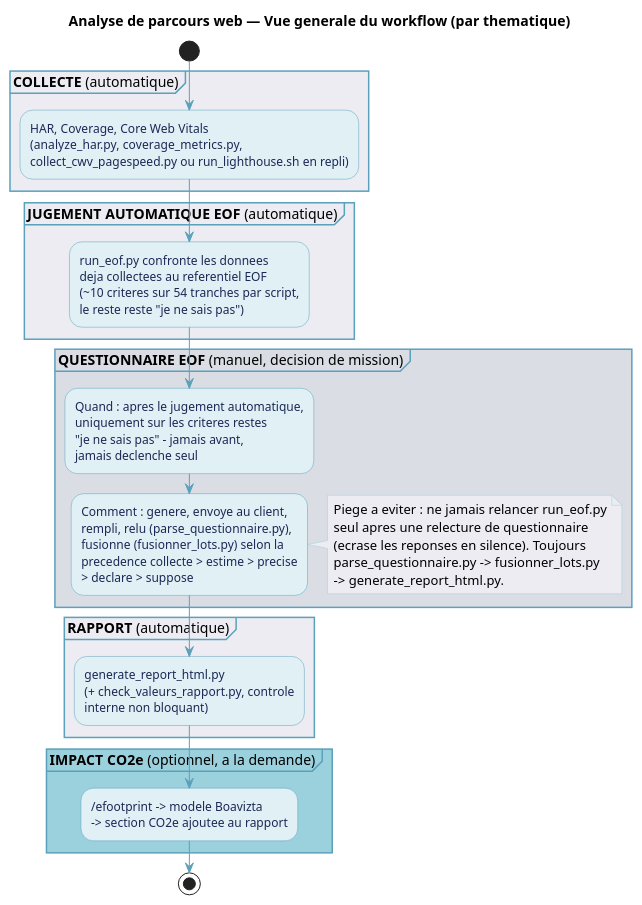
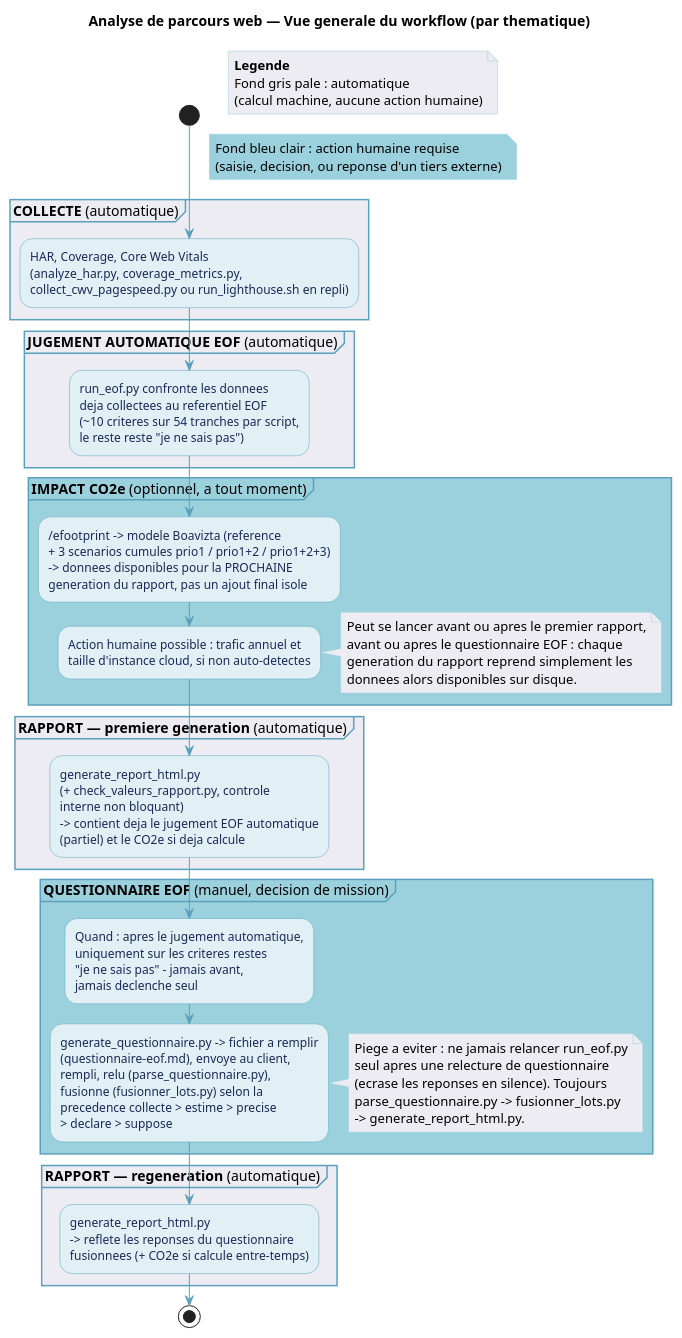
The diagram in documentation/diagrammes/analyse-parcours-vue-generale.puml (Boavizta/eroom), drawn with PlantUML before and after one commit. The commit also changed 9 other files, not shown here.

First line of the commit message:
docs(diagrammes): met a jour les diagrammes pour le gain EcoIndex/LCP

```diff
--- a/documentation/diagrammes/analyse-parcours-vue-generale.puml
+++ b/documentation/diagrammes/analyse-parcours-vue-generale.puml
@@ -1,67 +1,98 @@
 @startuml analyse-parcours-vue-generale
 title Analyse de parcours web — Vue generale du workflow (par thematique)
 
 skinparam backgroundColor #FFFFFF
 skinparam activity {
   BackgroundColor #E0F0F4
   BorderColor #5BA1BC
   FontColor #1C2856
   DiamondBackgroundColor #E0F0F4
   DiamondBorderColor #5BA1BC
 }
 skinparam ArrowColor #5BA1BC
 skinparam ActivityBarColor #5BA1BC
 skinparam NoteBackgroundColor #E0F0F4
 skinparam NoteBorderColor #9BD0DD
 skinparam PartitionBackgroundColor #ECECF2
 skinparam PartitionBorderColor #5BA1BC
 
 start
 
+note right #ECECF2
+  **Legende**
+  Fond gris pale : automatique
+  (calcul machine, aucune action humaine)
+end note
+
+note right #9BD0DD
+  Fond bleu clair : action humaine requise
+  (saisie, decision, ou reponse d'un tiers externe)
+end note
+
 partition "**COLLECTE** (automatique)" {
   :HAR, Coverage, Core Web Vitals
   (analyze_har.py, coverage_metrics.py,
   collect_cwv_pagespeed.py ou run_lighthouse.sh en repli);
 }
 
 partition "**JUGEMENT AUTOMATIQUE EOF** (automatique)" {
   :run_eof.py confronte les donnees
   deja collectees au referentiel EOF
   (~10 criteres sur 54 tranches par script,
   le reste reste "je ne sais pas");
 }
 
-partition "**QUESTIONNAIRE EOF** (manuel, decision de mission)" #DBDDE5 {
+partition "**IMPACT CO2e** (optionnel, a tout moment)" #9BD0DD {
+  :/efootprint -> modele Boavizta (reference
+  + 3 scenarios cumules prio1 / prio1+2 / prio1+2+3)
+  -> donnees disponibles pour la PROCHAINE
+  generation du rapport, pas un ajout final isole;
+  :Action humaine possible : trafic annuel et
+  taille d'instance cloud, si non auto-detectes;
+}
+
+note right #ECECF2
+  Peut se lancer avant ou apres le premier rapport,
+  avant ou apres le questionnaire EOF : chaque
+  generation du rapport reprend simplement les
+  donnees alors disponibles sur disque.
+end note
+
+partition "**RAPPORT — premiere generation** (automatique)" {
+  :generate_report_html.py
+  (+ check_valeurs_rapport.py, controle
+  interne non bloquant)
+  -> contient deja le jugement EOF automatique
+  (partiel) et le CO2e si deja calcule;
+}
+
+partition "**QUESTIONNAIRE EOF** (manuel, decision de mission)" #9BD0DD {
   :Quand : apres le jugement automatique,
   uniquement sur les criteres restes
   "je ne sais pas" - jamais avant,
   jamais declenche seul;
-  :Comment : genere, envoye au client,
+  :generate_questionnaire.py -> fichier a remplir
+  (questionnaire-eof.md), envoye au client,
   rempli, relu (parse_questionnaire.py),
   fusionne (fusionner_lots.py) selon la
   precedence collecte > estime > precise
   > declare > suppose;
 }
 
 note right #ECECF2
   Piege a eviter : ne jamais relancer run_eof.py
   seul apres une relecture de questionnaire
   (ecrase les reponses en silence). Toujours
   parse_questionnaire.py -> fusionner_lots.py
   -> generate_report_html.py.
 end note
 
-partition "**RAPPORT** (automatique)" {
+partition "**RAPPORT — regeneration** (automatique)" {
   :generate_report_html.py
-  (+ check_valeurs_rapport.py, controle
-  interne non bloquant);
-}
-
-partition "**IMPACT CO2e** (optionnel, a la demande)" #9BD0DD {
-  :/efootprint -> modele Boavizta
-  -> section CO2e ajoutee au rapport;
+  -> reflete les reponses du questionnaire
+  fusionnees (+ CO2e si calcule entre-temps);
 }
 
 stop
 
 @enduml
```
